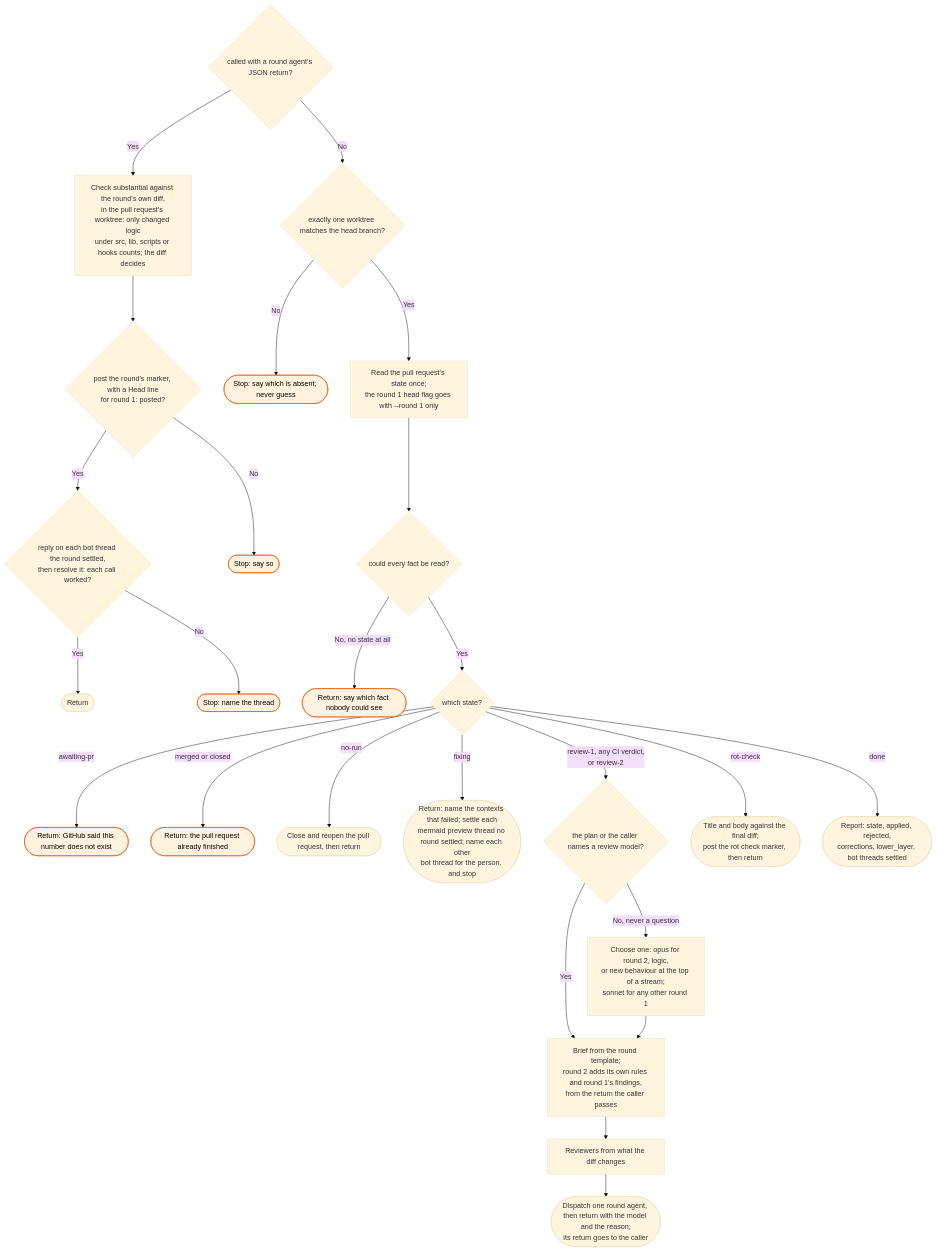
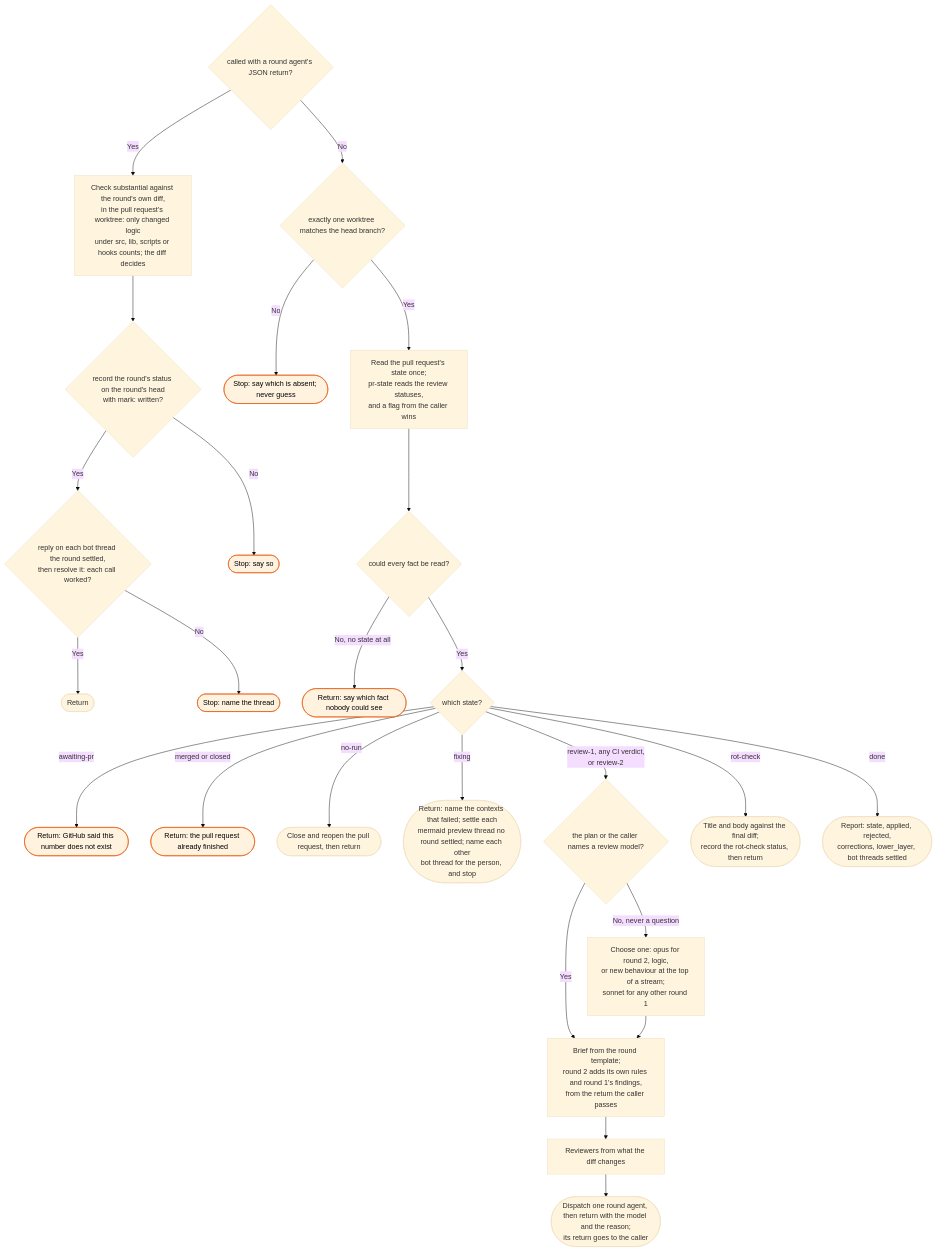
One commit to bje-settings/claude changed the diagram in docs/flows/workstreams/review/_skill-flow.md. Above: the diagram before and after it, drawn with Mermaid (base theme). The commit also changed other lines of this file and 31 other files, not shown here.

First line of the commit message:
refactor(workstreams): record review rounds as commit statuses (#435)

````diff
--- a/docs/flows/workstreams/review/_skill-flow.md
+++ b/docs/flows/workstreams/review/_skill-flow.md
@@ -15,34 +15,34 @@
 ```mermaid
 flowchart TD
     R0{called with a round agent's JSON return?}
     R0 -->|Yes| RS[Check substantial against the round's own diff,<br/>in the pull request's worktree: only changed logic<br/>under src, lib, scripts or hooks counts; the diff decides]
-    RS --> R2{post the round's marker, with a Head line<br/>for round 1: posted?}
+    RS --> R2{record the round's status on the round's head<br/>with mark: written?}
     R2 -->|Yes| BT{reply on each bot thread the round settled,<br/>then resolve it: each call worked?}
     R2 -->|No| R3([Stop: say so]):::stop
     BT -->|Yes| R1([Return])
     BT -->|No| BT1([Stop: name the thread]):::stop
     R0 -->|No| W{exactly one worktree matches the head branch?}
     W -->|No| W1([Stop: say which is absent; never guess]):::stop
-    W -->|Yes| C[Read the pull request's state once;<br/>the round 1 head flag goes with --round 1 only]
+    W -->|Yes| C[Read the pull request's state once;<br/>pr-state reads the review statuses,<br/>and a flag from the caller wins]
 
     C --> D{could every fact be read?}
     D -->|No, no state at all| D1([Return: say which fact nobody could see]):::stop
     D -->|Yes| E{which state?}
 
     E -->|awaiting-pr| E1([Return: GitHub said this number does not exist]):::stop
     E -->|merged or closed| E1b([Return: the pull request already finished]):::stop
     E -->|no-run| F([Close and reopen the pull request, then return])
     E -->|fixing| G2([Return: name the contexts that failed; settle each<br/>mermaid preview thread no round settled; name each other<br/>bot thread for the person, and stop])
 
     E -->|review-1, any CI verdict,<br/>or review-2| M{the plan or the caller names a review model?}
     M -->|Yes| I
     M -->|No, never a question| M1[Choose one: opus for round 2, logic,<br/>or new behaviour at the top of a stream;<br/>sonnet for any other round 1] --> I
     I[Brief from the round template;<br/>round 2 adds its own rules and round 1's findings,<br/>from the return the caller passes]
     I --> J[Reviewers from what the diff changes]
     J --> K([Dispatch one round agent, then return with the model and the reason;<br/>its return goes to the caller])
 
-    E -->|rot-check| Q([Title and body against the final diff;<br/>post the rot check marker, then return])
+    E -->|rot-check| Q([Title and body against the final diff;<br/>record the rot-check status, then return])
     E -->|done| S([Report: state, applied, rejected,<br/>corrections, lower_layer, bot threads settled])
 
     classDef stop fill:#fff3e0,stroke:#e65100,color:#000
 ```
````
